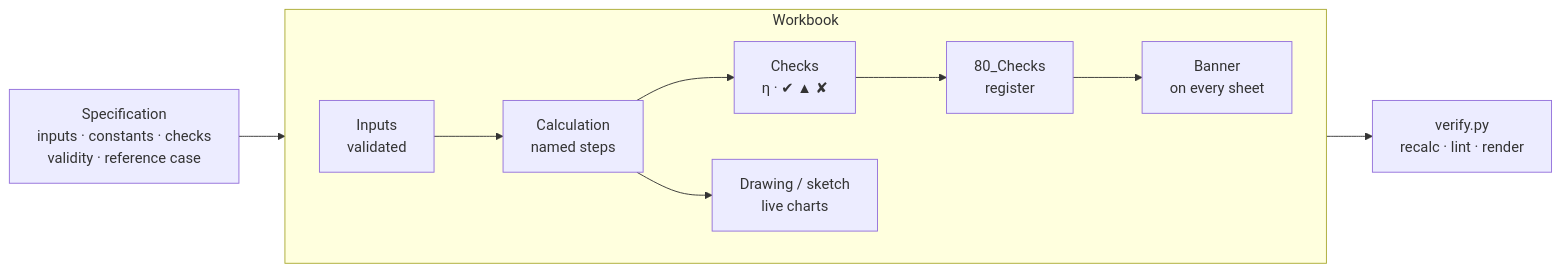
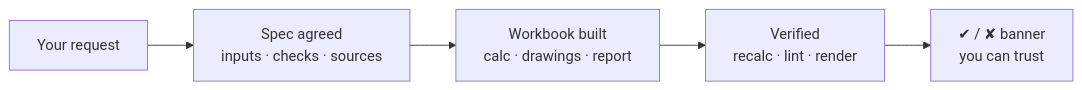
Before and after one commit to Jinksen/eng-calc-skill: the diagram in README.md, drawn with Mermaid. The commit also changed other lines of this file and 25 other files, not shown here.

````diff
--- a/README.md
+++ b/README.md
@@ -65,12 +138,7 @@
 ```mermaid
 flowchart LR
-    S[Specification<br/>inputs · constants · checks<br/>validity · reference case] --> I
-    subgraph W[Workbook]
-      direction LR
-      I[Inputs<br/>validated] --> C[Calculation<br/>named steps] --> K[Checks<br/>η · ✔ ▲ ✘]
-      K --> R[80_Checks<br/>register]
-      R --> B[Banner<br/>on every sheet]
-      C --> D[Drawing / sketch<br/>live charts]
-    end
-    W --> V[verify.py<br/>recalc · lint · render]
+    A[Your request] --> B[Spec agreed<br/>inputs · checks · sources]
+    B --> C[Workbook built<br/>calc · drawings · report]
+    C --> D[Verified<br/>recalc · lint · render]
+    D --> E[✔ / ✘ banner<br/>you can trust]
 ```
````
